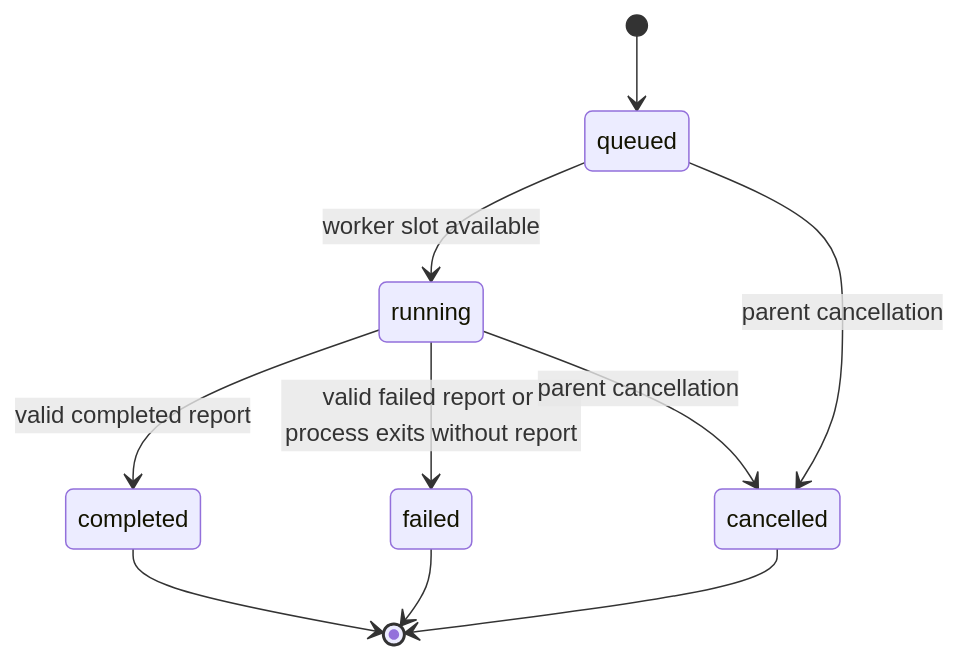
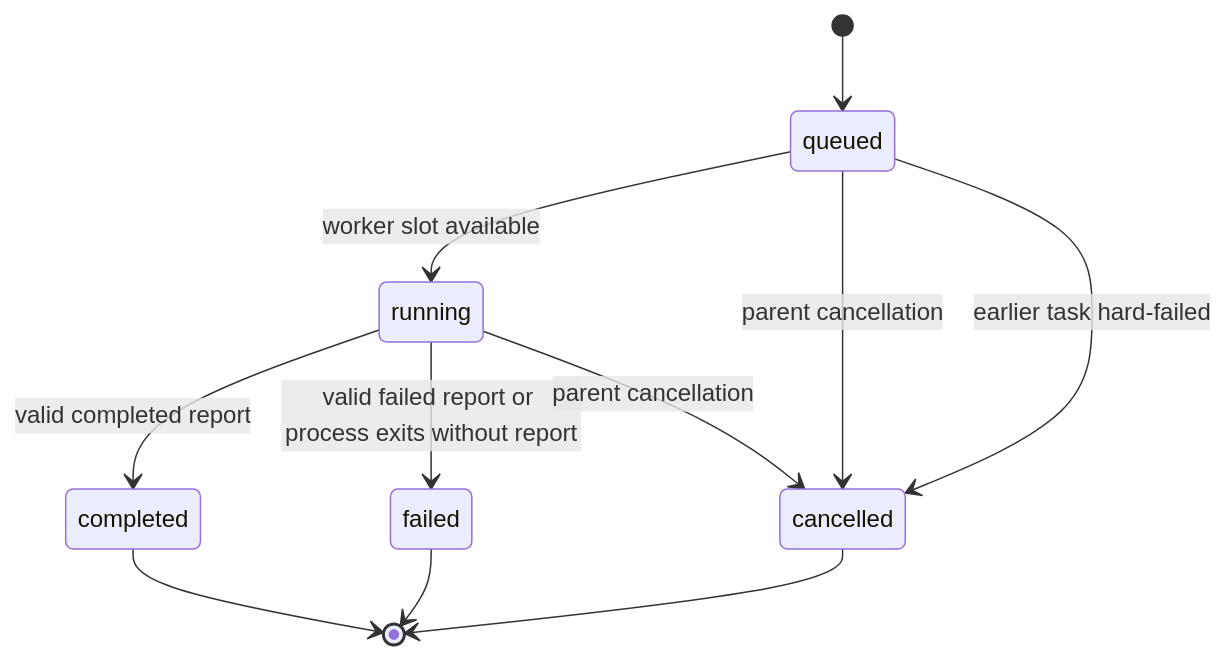
One commit to chaochaoxiaochao/pi-toolkit changed the first of 3 diagrams in packages/herdr-subagents/ARCHITECTURE.md. Above: the diagram before and after it, drawn with Mermaid. The commit also changed other lines of this file and 22 other files, not shown here.

````diff
--- a/packages/herdr-subagents/ARCHITECTURE.md
+++ b/packages/herdr-subagents/ARCHITECTURE.md
@@ -13,12 +13,13 @@
 ```mermaid
 stateDiagram-v2
     [*] --> queued
     queued --> running: worker slot available
     queued --> cancelled: parent cancellation
+    queued --> cancelled: earlier task hard-failed
     running --> completed: valid completed report
     running --> failed: valid failed report or process exits without report
     running --> cancelled: parent cancellation
     completed --> [*]
     failed --> [*]
     cancelled --> [*]
 ```
````
